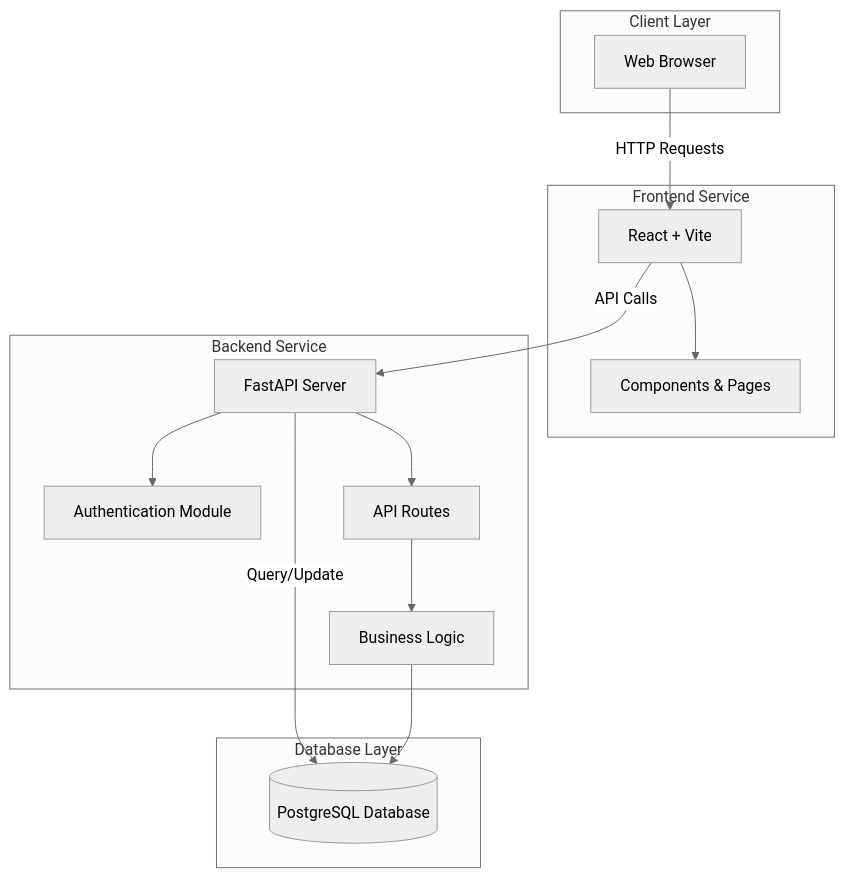
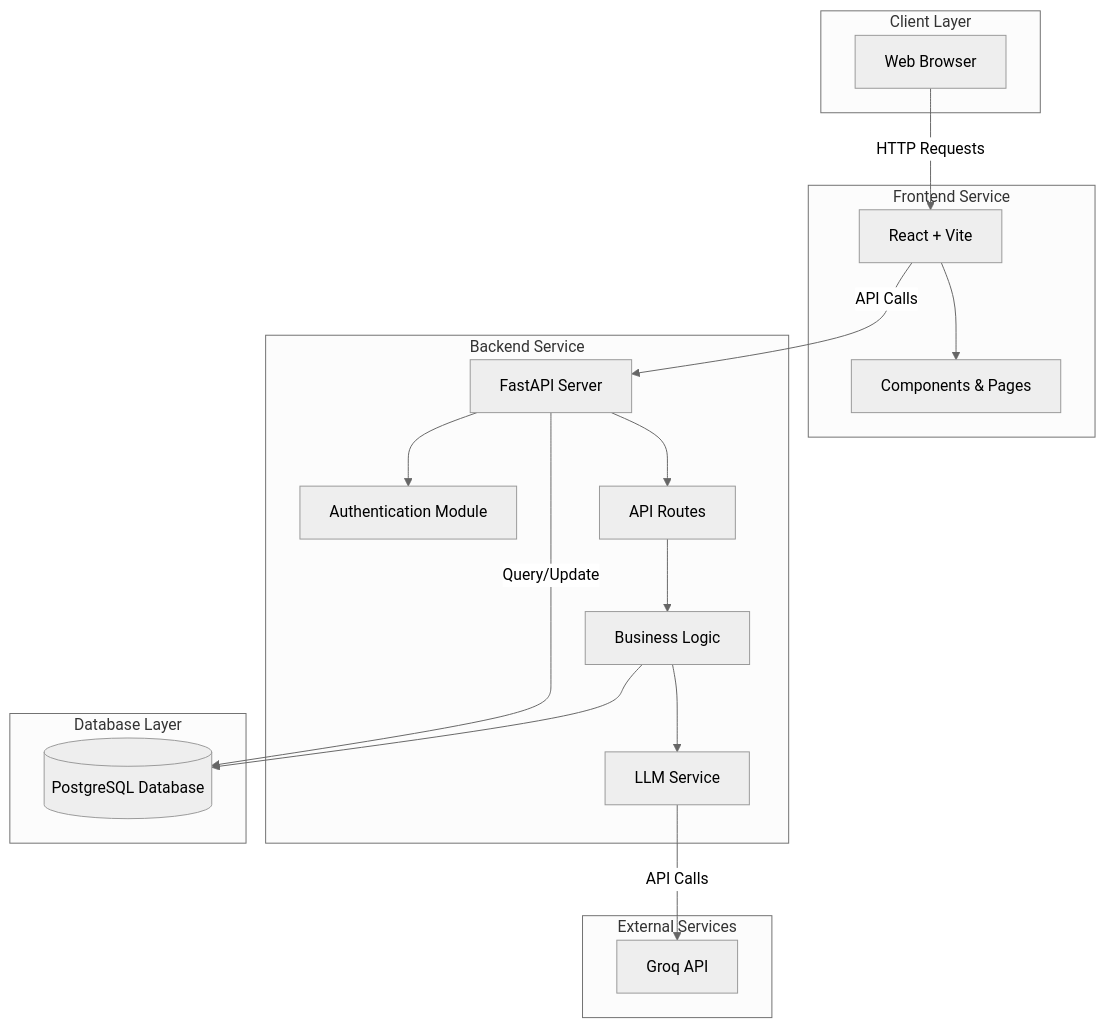
One commit to abhishek28597/familygram changed the first of 2 diagrams in docs/system-architecture.md. Above: the diagram before and after it, drawn with Mermaid (neutral theme). The commit also changed other lines of this file and 3 other files, not shown here.

````diff
--- a/docs/system-architecture.md
+++ b/docs/system-architecture.md
@@ -5,32 +5,39 @@
 ```mermaid
 graph TB
     subgraph "Client Layer"
         Browser[Web Browser]
     end
     
     subgraph "Frontend Service"
         React[React + Vite]
         Components[Components & Pages]
     end
     
     subgraph "Backend Service"
         FastAPI[FastAPI Server]
         Auth[Authentication Module]
         Routes[API Routes]
         Services[Business Logic]
+        LLM[LLM Service]
+    end
+    
+    subgraph "External Services"
+        Groq[Groq API]
     end
     
     subgraph "Database Layer"
         PostgreSQL[(PostgreSQL Database)]
     end
     
     Browser -->|HTTP Requests| React
     React -->|API Calls| FastAPI
     FastAPI -->|Query/Update| PostgreSQL
     
     React --> Components
     FastAPI --> Auth
     FastAPI --> Routes
     Routes --> Services
     Services --> PostgreSQL
+    Services --> LLM
+    LLM -->|API Calls| Groq
 ```
````
